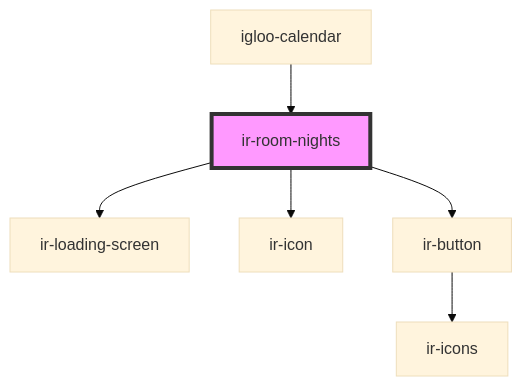
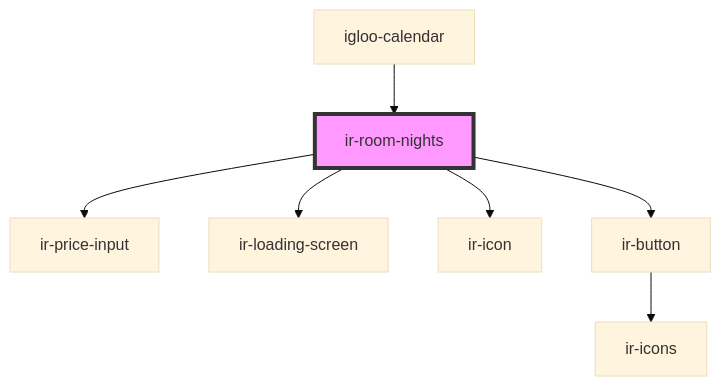
One commit to David1Chowaifaty/modified-ir-webcmp changed the diagram in src/components/igloo-calendar/ir-room-nights/readme.md. Above: the diagram before and after it, drawn with Mermaid (base theme). The commit also changed other lines of this file and 33 other files, not shown here.

````diff
--- a/src/components/igloo-calendar/ir-room-nights/readme.md
+++ b/src/components/igloo-calendar/ir-room-nights/readme.md
@@ -43,9 +44,10 @@
 ```mermaid
 graph TD;
+  ir-room-nights --> ir-price-input
   ir-room-nights --> ir-loading-screen
   ir-room-nights --> ir-icon
   ir-room-nights --> ir-button
   ir-button --> ir-icons
   igloo-calendar --> ir-room-nights
   style ir-room-nights fill:#f9f,stroke:#333,stroke-width:4px
 ```
````
